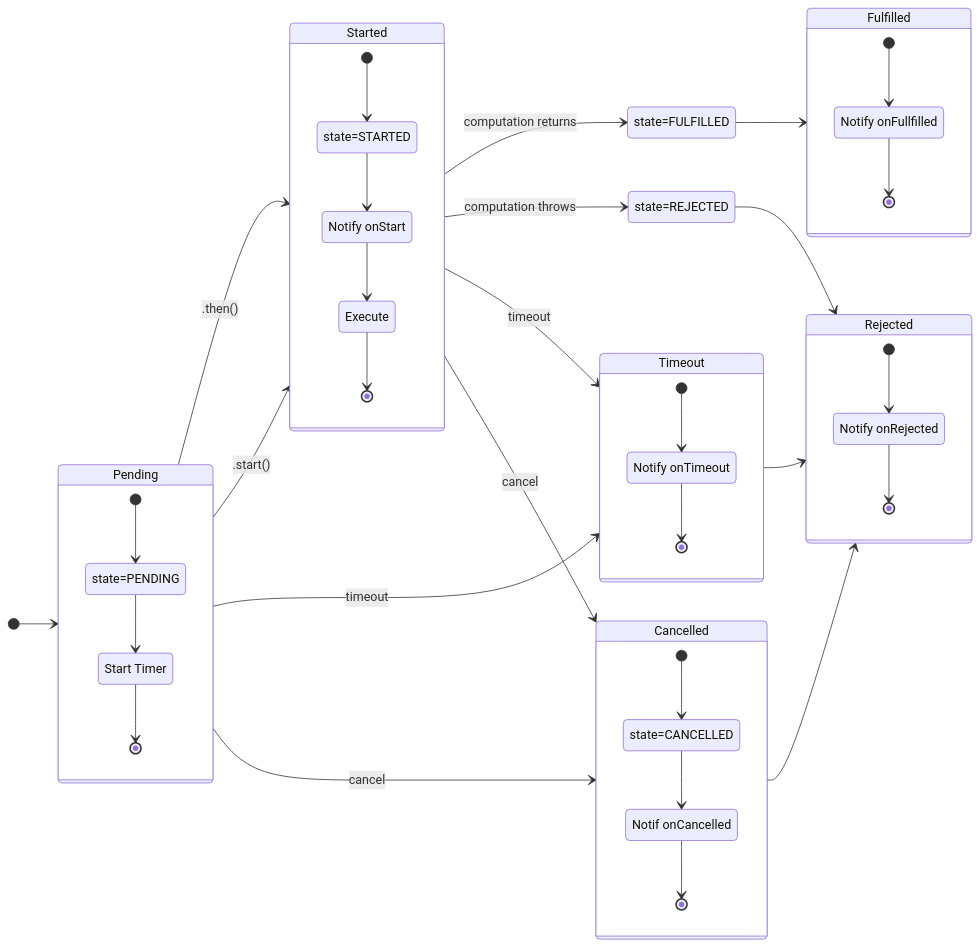
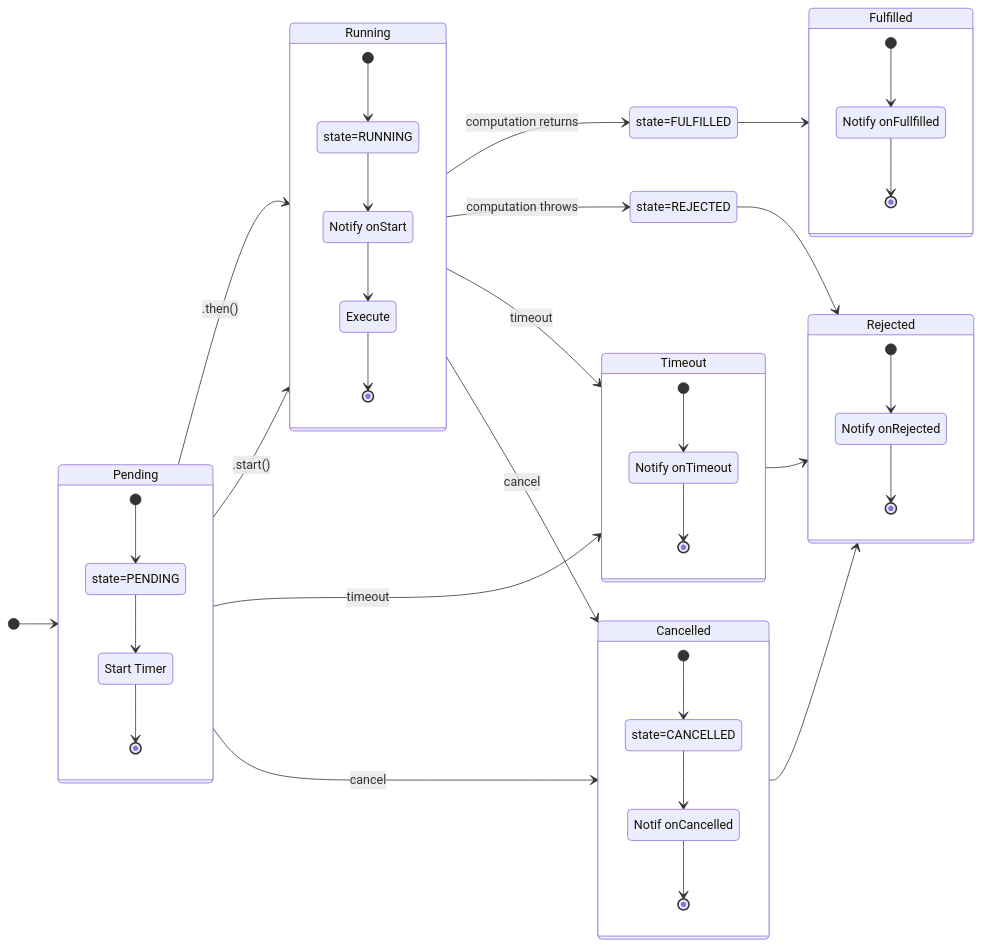
The diagram in src/assets/timeoutFromNow.mmd (BobKerns/better-future), drawn with Mermaid before and after one commit. The commit also changed 12 other files, not shown here.

Commit message:
Rename STARTED to RUNNING

```diff
--- a/src/assets/timeoutFromNow.mmd
+++ b/src/assets/timeoutFromNow.mmd
@@ -1,56 +1,56 @@
 stateDiagram-v2
     direction LR
     [*] --> Pending
-    Pending --> Started : .then()
-    Pending --> Started : .start()
-    Started --> state=FULFILLED : computation returns
+    Pending --> Running : .then()
+    Pending --> Running : .start()
+    Running --> state=FULFILLED : computation returns
     state=FULFILLED --> Fulfilled
-    Started --> state=REJECTED : computation throws
+    Running --> state=REJECTED : computation throws
     state=REJECTED --> Rejected
-    Started --> Timeout : timeout
+    Running --> Timeout : timeout
 
     Pending --> Timeout : timeout
     Timeout --> Rejected
     Pending --> Cancelled : cancel
-    Started --> Cancelled : cancel
+    Running --> Cancelled : cancel
     Cancelled --> Rejected
 
     state Pending {
       [*] --> state=PENDING
       state=PENDING --> Timer
       Timer --> [*]
       Timer : Start Timer
     }
 
-     state Started {
-      [*] --> state=STARTED
-      state=STARTED --> NotifyStarted
+     state Running {
+      [*] --> state=RUNNING
+      state=RUNNING --> NotifyStarted
       NotifyStarted --> Execute
       Execute --> [*]
       NotifyStarted : Notify onStart
     }
 
     state Fulfilled {
       [*] --> NotifyFulfilled
       NotifyFulfilled --> [*]
       NotifyFulfilled : Notify onFullfilled
     }
 
     state Rejected {
       [*] --> NotifyRejected
       NotifyRejected --> [*]
       NotifyRejected : Notify onRejected
     }
 
     state Timeout {
       [*] --> NotifyTimeout
       NotifyTimeout --> [*]
       NotifyTimeout : Notify onTimeout
     }
 
     state Cancelled {
       [*] --> state=CANCELLED
       state=CANCELLED --> NotifyCancelled
       NotifyCancelled --> [*]
       NotifyCancelled: Notif onCancelled
     }
```
